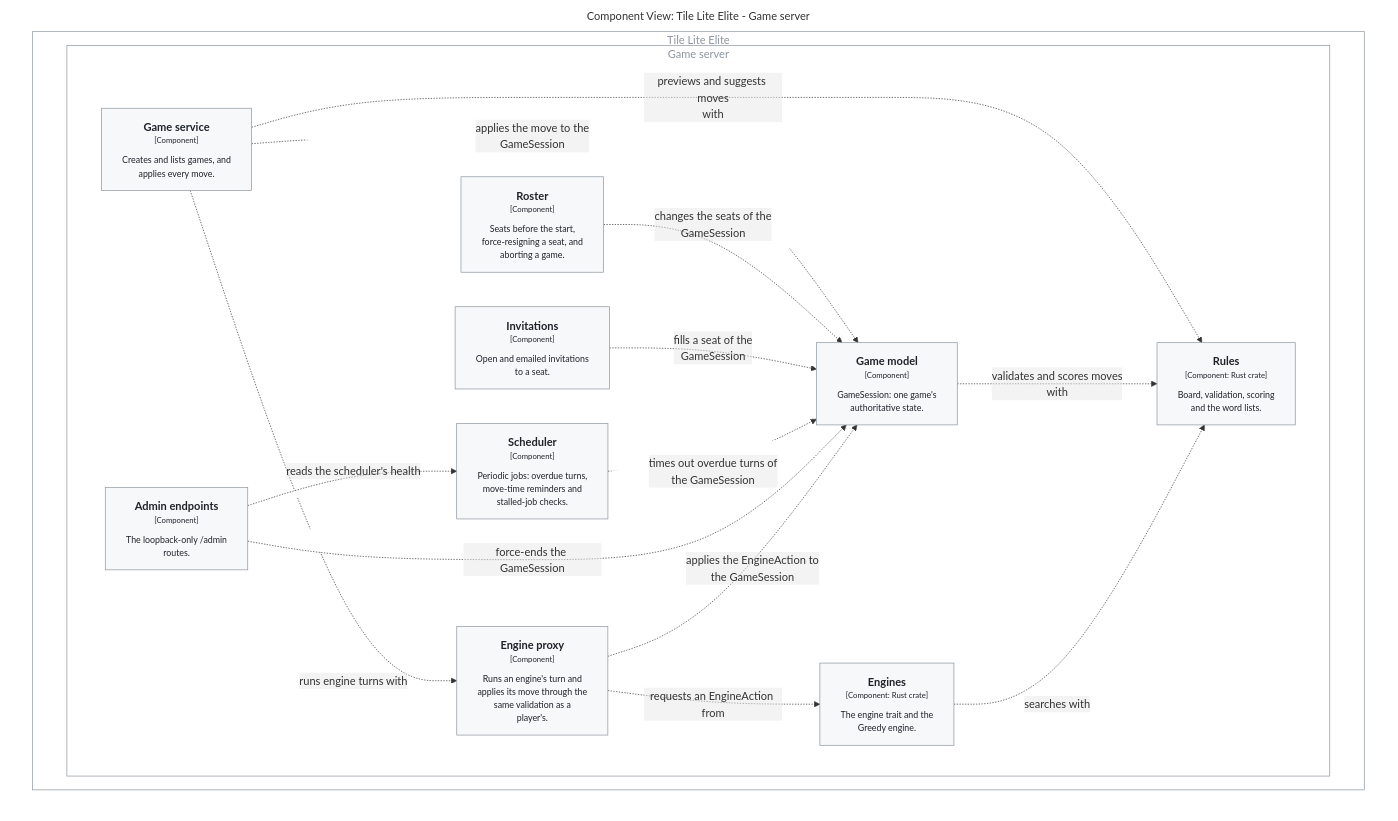
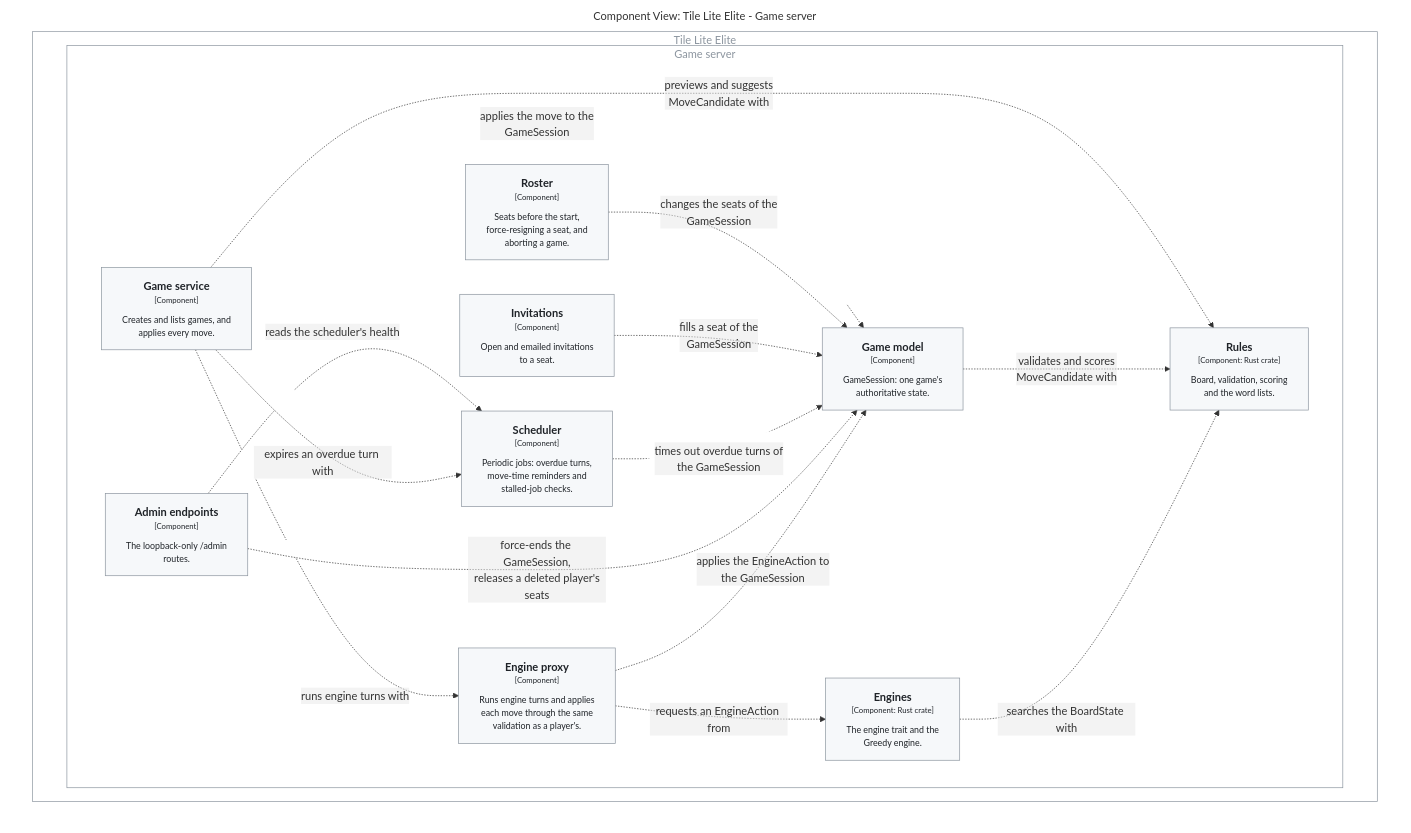
Before and after one commit to delphside/tile-lite-elite: the third of 5 diagrams in docs/4.2.0-design-map.md, drawn with Mermaid. The commit also changed other lines of this file and 5 other files, not shown here.

````diff
--- a/docs/4.2.0-design-map.md
+++ b/docs/4.2.0-design-map.md
@@ -127,50 +132,51 @@
 ```mermaid
 graph TB
   linkStyle default fill:#ffffff
 
   subgraph diagram ["Component View: Tile Lite Elite - Game server"]
     style diagram fill:#ffffff,stroke:#ffffff
 
     subgraph 4 ["Tile Lite Elite"]
       style 4 fill:#ffffff,stroke:#8c959f,color:#8c959f
 
       subgraph 9 ["Game server"]
         style 9 fill:#ffffff,stroke:#8c959f,color:#8c959f
 
         13["<div style='font-weight: bold'>Game service</div><div style='font-size: 70%; margin-top: 0px'>[Component]</div><div style='font-size: 80%; margin-top:10px'>Creates and lists games, and<br />applies every move.</div>"]
         style 13 fill:#f6f8fa,stroke:#8c959f,color:#1f2328
         14["<div style='font-weight: bold'>Roster</div><div style='font-size: 70%; margin-top: 0px'>[Component]</div><div style='font-size: 80%; margin-top:10px'>Seats before the start,<br />force-resigning a seat, and<br />aborting a game.</div>"]
         style 14 fill:#f6f8fa,stroke:#8c959f,color:#1f2328
         15["<div style='font-weight: bold'>Invitations</div><div style='font-size: 70%; margin-top: 0px'>[Component]</div><div style='font-size: 80%; margin-top:10px'>Open and emailed invitations<br />to a seat.</div>"]
         style 15 fill:#f6f8fa,stroke:#8c959f,color:#1f2328
         19["<div style='font-weight: bold'>Admin endpoints</div><div style='font-size: 70%; margin-top: 0px'>[Component]</div><div style='font-size: 80%; margin-top:10px'>The loopback-only /admin<br />routes.</div>"]
         style 19 fill:#f6f8fa,stroke:#8c959f,color:#1f2328
         20["<div style='font-weight: bold'>Scheduler</div><div style='font-size: 70%; margin-top: 0px'>[Component]</div><div style='font-size: 80%; margin-top:10px'>Periodic jobs: overdue turns,<br />move-time reminders and<br />stalled-job checks.</div>"]
         style 20 fill:#f6f8fa,stroke:#8c959f,color:#1f2328
         21["<div style='font-weight: bold'>Game model</div><div style='font-size: 70%; margin-top: 0px'>[Component]</div><div style='font-size: 80%; margin-top:10px'>GameSession: one game's<br />authoritative state.</div>"]
         style 21 fill:#f6f8fa,stroke:#8c959f,color:#1f2328
-        22["<div style='font-weight: bold'>Engine proxy</div><div style='font-size: 70%; margin-top: 0px'>[Component]</div><div style='font-size: 80%; margin-top:10px'>Runs an engine's turn and<br />applies its move through the<br />same validation as a<br />player's.</div>"]
+        22["<div style='font-weight: bold'>Engine proxy</div><div style='font-size: 70%; margin-top: 0px'>[Component]</div><div style='font-size: 80%; margin-top:10px'>Runs engine turns and applies<br />each move through the same<br />validation as a player's.</div>"]
         style 22 fill:#f6f8fa,stroke:#8c959f,color:#1f2328
         23["<div style='font-weight: bold'>Engines</div><div style='font-size: 70%; margin-top: 0px'>[Component: Rust crate]</div><div style='font-size: 80%; margin-top:10px'>The engine trait and the<br />Greedy engine.</div>"]
         style 23 fill:#f6f8fa,stroke:#8c959f,color:#1f2328
         24["<div style='font-weight: bold'>Rules</div><div style='font-size: 70%; margin-top: 0px'>[Component: Rust crate]</div><div style='font-size: 80%; margin-top:10px'>Board, validation, scoring<br />and the word lists.</div>"]
         style 24 fill:#f6f8fa,stroke:#8c959f,color:#1f2328
       end
 
     end
 
     13-. "<div>applies the move to the<br />GameSession</div><div style='font-size: 70%'></div>" .->21
-    13-. "<div>previews and suggests moves<br />with</div><div style='font-size: 70%'></div>" .->24
+    13-. "<div>previews and suggests<br />MoveCandidate with</div><div style='font-size: 70%'></div>" .->24
     13-. "<div>runs engine turns with</div><div style='font-size: 70%'></div>" .->22
     14-. "<div>changes the seats of the<br />GameSession</div><div style='font-size: 70%'></div>" .->21
     15-. "<div>fills a seat of the<br />GameSession</div><div style='font-size: 70%'></div>" .->21
     20-. "<div>times out overdue turns of<br />the GameSession</div><div style='font-size: 70%'></div>" .->21
-    19-. "<div>force-ends the GameSession</div><div style='font-size: 70%'></div>" .->21
-    21-. "<div>validates and scores moves<br />with</div><div style='font-size: 70%'></div>" .->24
+    19-. "<div>force-ends the GameSession,<br />releases a deleted player's<br />seats</div><div style='font-size: 70%'></div>" .->21
+    21-. "<div>validates and scores<br />MoveCandidate with</div><div style='font-size: 70%'></div>" .->24
     22-. "<div>requests an EngineAction from</div><div style='font-size: 70%'></div>" .->23
     22-. "<div>applies the EngineAction to<br />the GameSession</div><div style='font-size: 70%'></div>" .->21
-    23-. "<div>searches with</div><div style='font-size: 70%'></div>" .->24
+    23-. "<div>searches the BoardState with</div><div style='font-size: 70%'></div>" .->24
     19-. "<div>reads the scheduler's health</div><div style='font-size: 70%'></div>" .->20
+    13-. "<div>expires an overdue turn with</div><div style='font-size: 70%'></div>" .->20
 
   end
 ```
````
